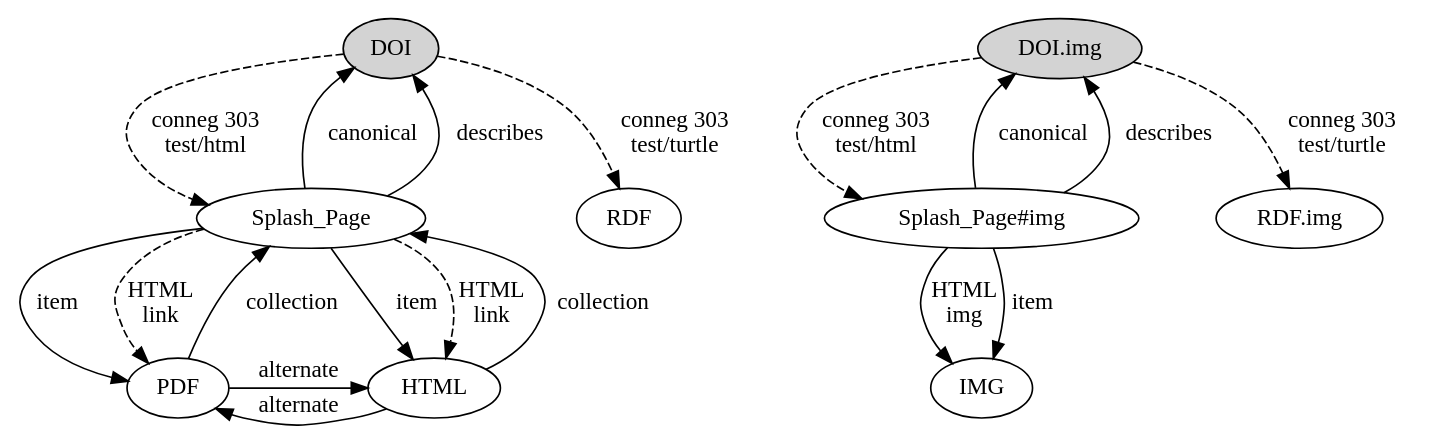
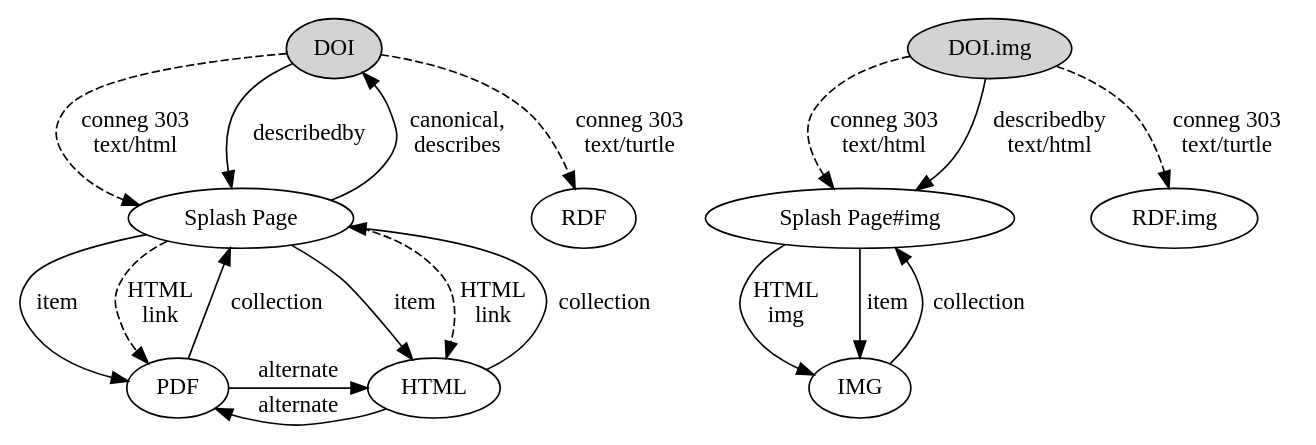
Before and after one commit to zimeon/signposting: the diagram in plos_with_component_image.dot, drawn with Graphviz. The commit also changed 9 other files, not shown here.

```diff
--- a/plos_with_component_image.dot
+++ b/plos_with_component_image.dot
@@ -1,24 +1,26 @@
 digraph PLOSCI {
   DOI [ style=filled ]
-  DOI -> "Splash_Page" [ style=dashed, label="conneg 303\ntest/html" ]
-  DOI -> "RDF" [ style=dashed, label="conneg 303\ntest/turtle" ]
+  DOI -> "Splash Page" [ style=dashed, label="conneg 303\ntext/html" ]
+  DOI -> "RDF" [ style=dashed, label="conneg 303\ntext/turtle" ]
   "DOI.img" [ style=filled ]
-  "DOI.img" -> "Splash_Page#img" [ style=dashed, label="conneg 303\ntest/html" ]
-  "DOI.img" -> "RDF.img" [ style=dashed, label="conneg 303\ntest/turtle" ]
-  "Splash_Page" -> PDF  [ label="item" ]
-  "Splash_Page" -> HTML  [ label="item" ]
-  "Splash_Page" -> PDF  [ style=dashed, label="HTML\nlink" ]
-  "Splash_Page" -> HTML  [ style=dashed, label="HTML\nlink" ]
+  "DOI.img" -> "Splash Page#img" [ style=dashed, label="conneg 303\ntext/html" ]
+  "DOI.img" -> "Splash Page#img" [ label="describedby\ntext/html" ]
+  "DOI.img" -> "RDF.img" [ style=dashed, label="conneg 303\ntext/turtle" ]
+  "Splash Page" -> PDF  [ label="item" ]
+  "Splash Page" -> HTML  [ label="item" ]
+  "Splash Page" -> PDF  [ style=dashed, label="HTML\nlink" ]
+  "Splash Page" -> HTML  [ style=dashed, label="HTML\nlink" ]
   PDF -> HTML [ label="alternate" ]
   HTML -> PDF [ label="alternate" ]
-  "Splash_Page" -> DOI [ label="canonical " ]
-  "Splash_Page" -> DOI [ label="describes " ]
-  "PDF" -> "Splash_Page" [ label="collection" ]
-  "HTML" -> "Splash_Page" [ label="collection" ]
-  "Splash_Page#img" -> "DOI.img" [ label="canonical " ]
-  "Splash_Page#img" -> "DOI.img" [ label="describes " ]
-  "Splash_Page#img" -> "IMG" [ label="HTML\nimg" ]
-  "Splash_Page#img" -> "IMG" [ label="item" ]
+  "Splash Page" -> DOI [ label="canonical,\ndescribes" ]
+  DOI -> "Splash Page" [ label="describedby" ]
+  "PDF" -> "Splash Page" [ label="collection" ]
+  "HTML" -> "Splash Page" [ label="collection" ]
+# These do not work as would be attached to "Splash Page"
+#  "Splash Page#img" -> "DOI.img" [ label="canonical,\ndescribes" ]
+  "Splash Page#img" -> "IMG" [ label="HTML\nimg" ]
+  "Splash Page#img" -> "IMG" [ label="item" ]
+  IMG -> "Splash Page#img" [ label="collection" ]
   { rank = "same" {DOI "DOI.img"} }
   { rank = "same" {PDF HTML} }
 }
```
